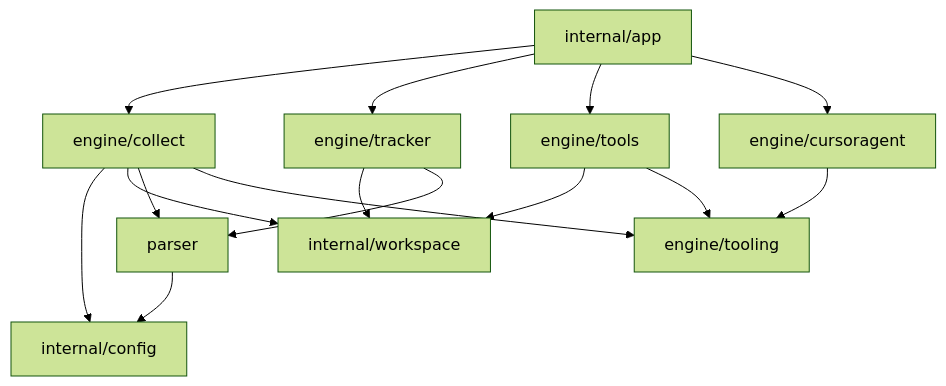
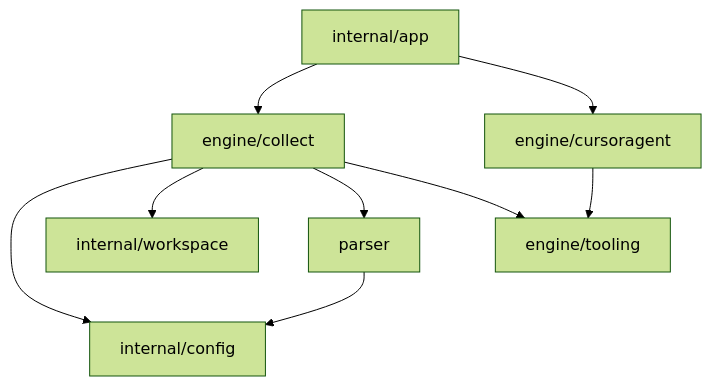
The second of 2 diagrams in CODEBASE_DESIGN.md (AlexsanderHamir/prof), drawn with Mermaid (forest theme) before and after one commit. The commit also changed other lines of this file and 10 other files, not shown here.

````diff
--- a/CODEBASE_DESIGN.md
+++ b/CODEBASE_DESIGN.md
@@ -47,26 +47,18 @@
 ```mermaid
 flowchart TB
   collect["engine/collect"]
-  track["engine/tracker"]
-  tools["engine/tools"]
   agent["engine/cursoragent"]
   config["internal/config"]
   ws["internal/workspace"]
   ttool["engine/tooling"]
   parser["parser"]
   app["internal/app"]
   app --> collect
-  app --> track
-  app --> tools
   app --> agent
   collect --> config
   collect --> ws
   collect --> parser
   collect --> ttool
-  track --> ws
-  track --> parser
-  tools --> ws
-  tools --> ttool
   agent --> ttool
   parser --> config
 ```
````
